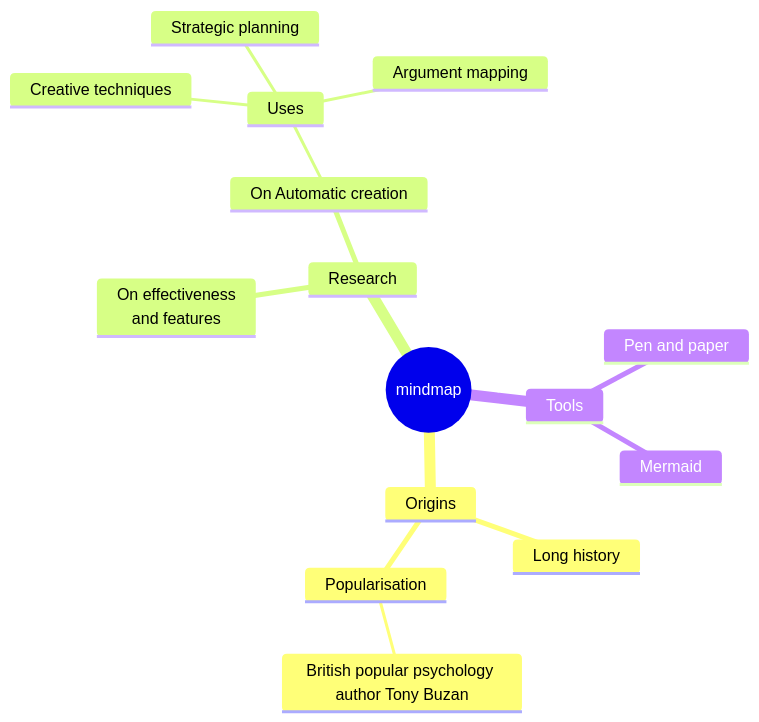
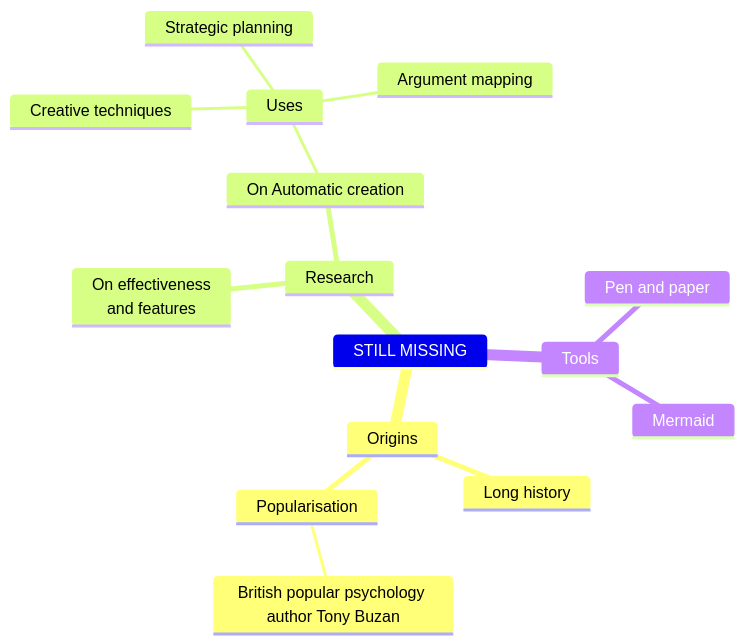
One commit to Adler274/SE2324 changed the first of 3 diagrams in abgabe/kapitel02/mindmap.md. Above: the diagram before and after it, drawn with Mermaid. The commit also changed other lines of this file, not shown here.

First line of the commit message:
Update mindmap.md

````diff
--- a/abgabe/kapitel02/mindmap.md
+++ b/abgabe/kapitel02/mindmap.md
@@ -11,18 +9,18 @@
 ```mermaid
 mindmap
-  root((mindmap))
+  STILL MISSING
     Origins
       Long history
       Popularisation
         British popular psychology author Tony Buzan
     Research
       On effectiveness<br/>and features
       On Automatic creation
         Uses
             Creative techniques
             Strategic planning
             Argument mapping
     Tools
       Pen and paper
       Mermaid
 ```
````
